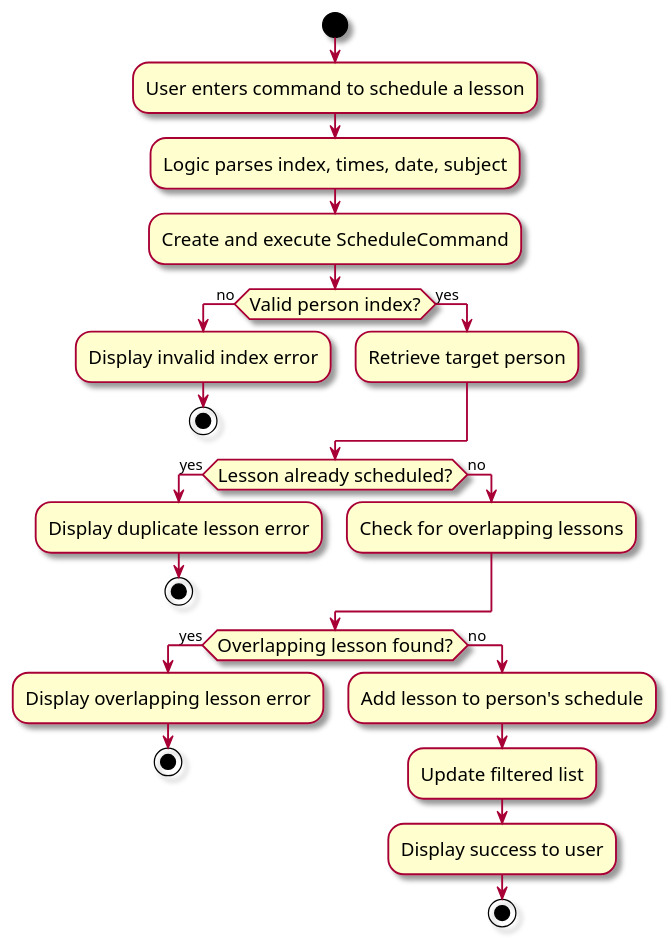
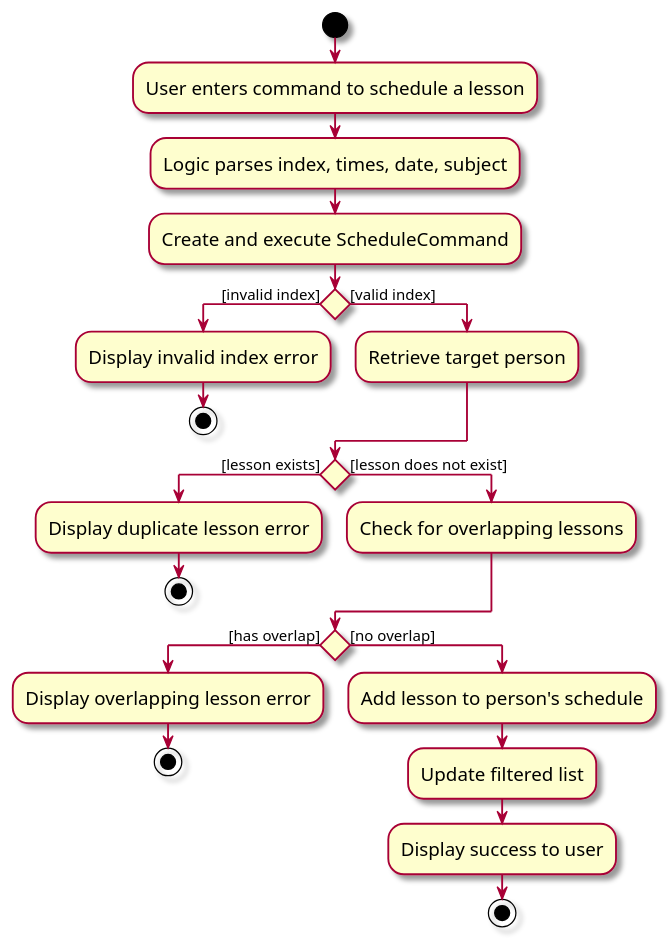
The diagram in docs/diagrams/ScheduleCommandActivityDiagram.puml (tonyvict/tp), drawn with PlantUML before and after one commit. The commit also changed 8 other files, not shown here.

Commit message:
Update activity diagrams

```diff
--- a/docs/diagrams/ScheduleCommandActivityDiagram.puml
+++ b/docs/diagrams/ScheduleCommandActivityDiagram.puml
@@ -1,30 +1,30 @@
 @startuml
 skin rose
 skinparam ActivityFontSize 15
 skinparam ArrowFontSize 12
 start
 :User enters command to schedule a lesson;
 :Logic parses index, times, date, subject;
 :Create and execute ScheduleCommand;
-if (Valid person index?) then (no)
+if () then ([invalid index])
   :Display invalid index error;
   stop
-else (yes)
+else ([valid index])
   :Retrieve target person;
 endif
-if (Lesson already scheduled?) then (yes)
+if () then ([lesson exists])
   :Display duplicate lesson error;
   stop
-else (no)
+else ([lesson does not exist])
   :Check for overlapping lessons;
 endif
-if (Overlapping lesson found?) then (yes)
+if () then ([has overlap])
   :Display overlapping lesson error;
   stop
-else (no)
+else ([no overlap])
   :Add lesson to person's schedule;
   :Update filtered list;
   :Display success to user;
   stop
 endif
 @enduml
```
